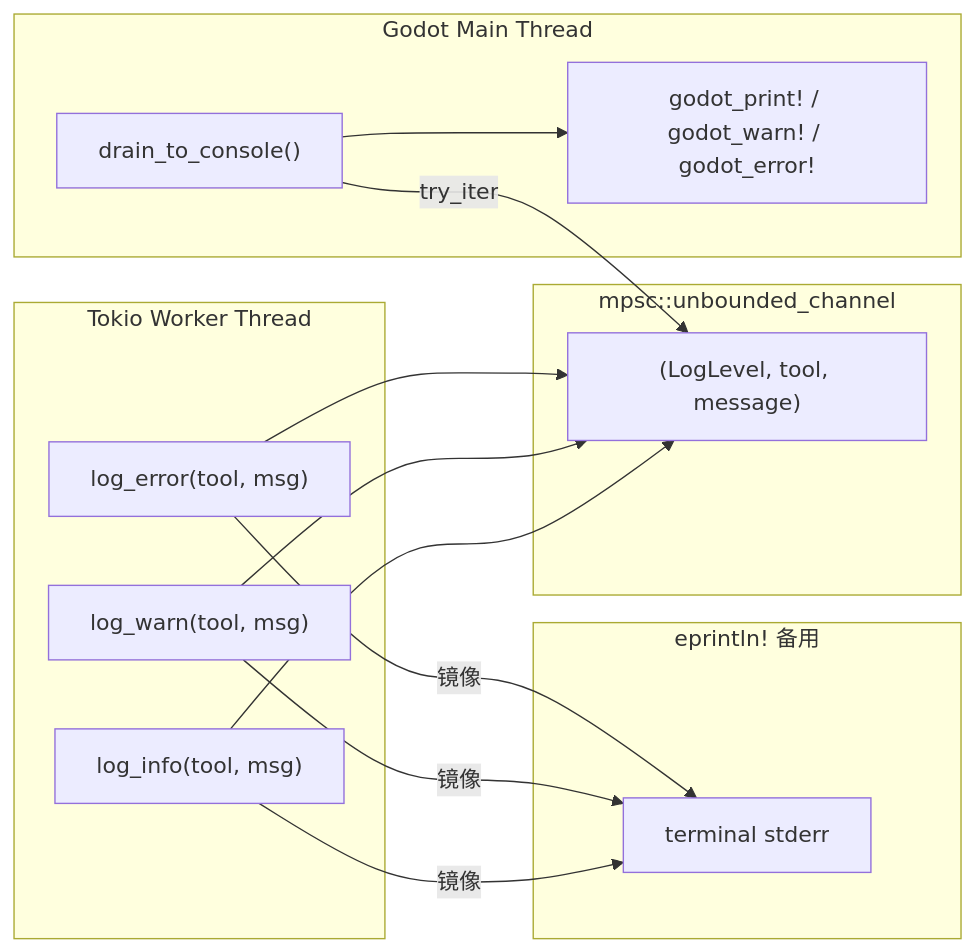
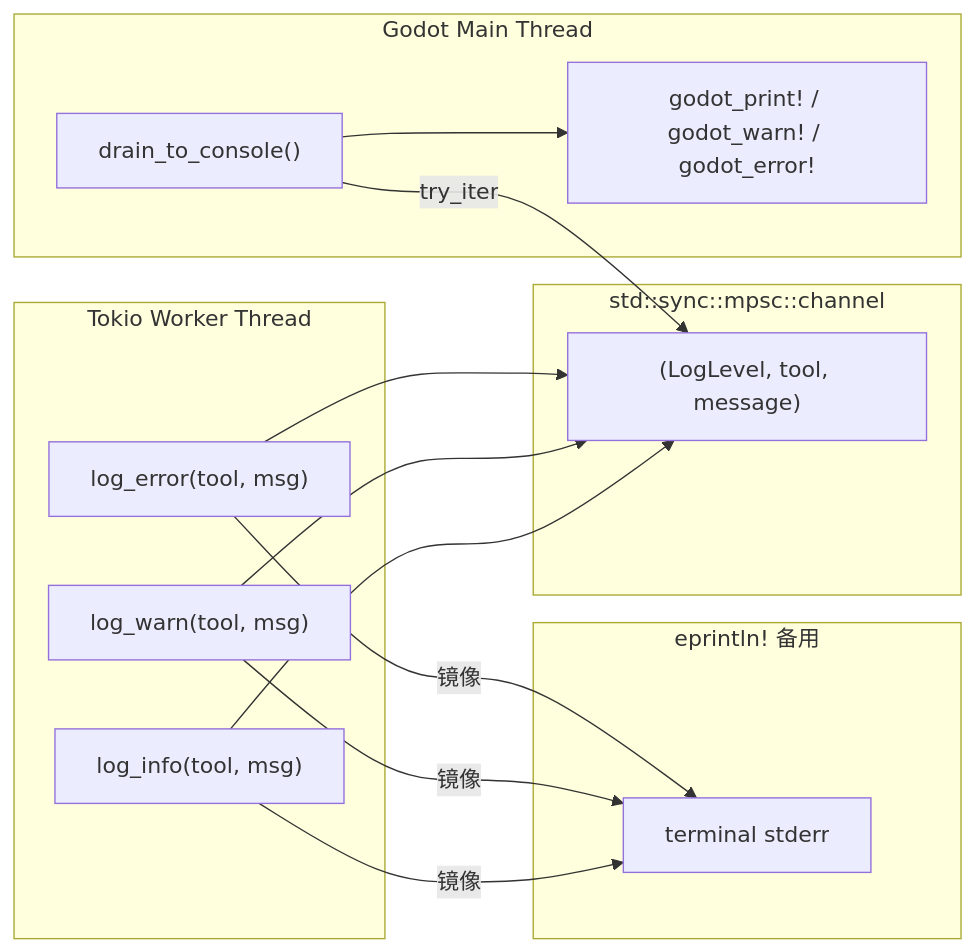
One commit to jesspig/GodotMCP-GDExtension changed the diagram in .repo_wiki/modules/logging.md. Above: the diagram before and after it, drawn with Mermaid. The commit also changed other lines of this file and 20 other files, not shown here.

````diff
--- a/.repo_wiki/modules/logging.md
+++ b/.repo_wiki/modules/logging.md
@@ -5,30 +5,30 @@
 ```mermaid
 flowchart LR
     subgraph WORKER["Tokio Worker Thread"]
         L1["log_info(tool, msg)"]
         L2["log_warn(tool, msg)"]
         L3["log_error(tool, msg)"]
     end
     
-    subgraph CHANNEL["mpsc::unbounded_channel"]
+    subgraph CHANNEL["std::sync::mpsc::channel"]
         C["(LogLevel, tool, message)"]
     end
     
     subgraph MIRROR["eprintln! 备用"]
         E["terminal stderr"]
     end
     
     subgraph MAIN["Godot Main Thread"]
         D["drain_to_console()"]
         G["godot_print! / godot_warn! / godot_error!"]
     end
     
     L1 --> C
     L1 -->|镜像| E
     L2 --> C
     L2 -->|镜像| E
     L3 --> C
     L3 -->|镜像| E
     D -->|try_iter| C
     D --> G
 ```
````
